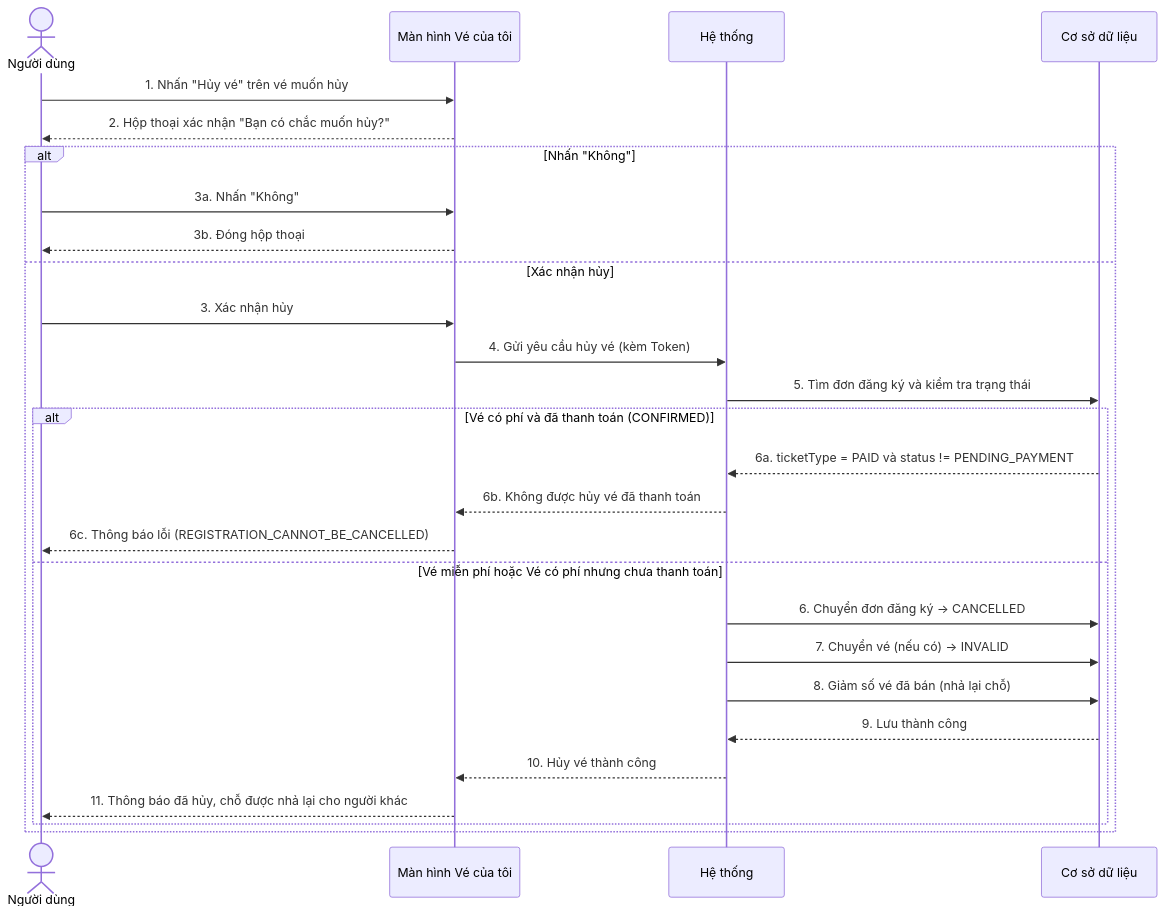
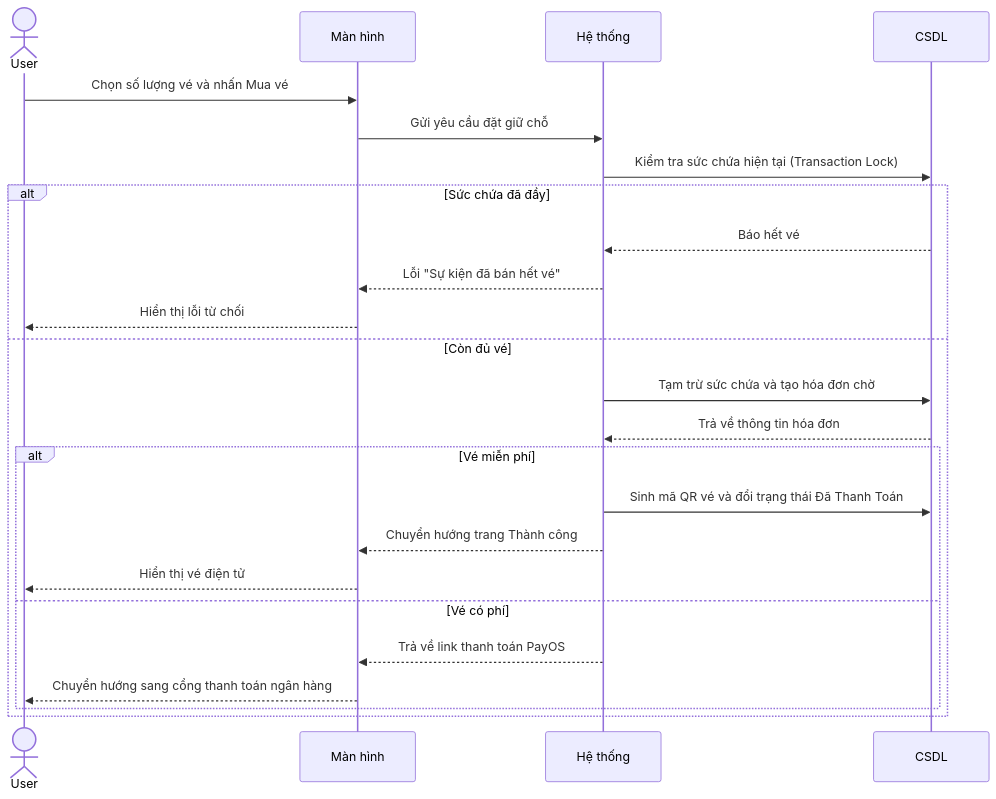
The second of 7 diagrams in doc/system_analysis/sequence diagram/05d_sequence_payment_ticket_checkin.md (ChuDucAnh21/BE-quan-ly-su-kien), drawn with Mermaid before and after one commit. The commit also changed other lines of this file and 14 other files, not shown here.

````diff
--- a/doc/system_analysis/sequence diagram/05d_sequence_payment_ticket_checkin.md
+++ b/doc/system_analysis/sequence diagram/05d_sequence_payment_ticket_checkin.md
@@ -109,30 +27,27 @@
 ```mermaid
 sequenceDiagram
-    actor User as Người dùng
-    participant UI as Màn hình Vé của tôi
-    participant HT as Hệ thống
-    participant DB as Cơ sở dữ liệu
+    actor User
+    participant Màn hình
+    participant Hệ thống
+    participant CSDL
 
-    User->>UI: 1. Nhấn "Hủy vé" trên vé muốn hủy
-    UI-->>User: 2. Hộp thoại xác nhận "Bạn có chắc muốn hủy?"
-    alt Nhấn "Không"
-        User->>UI: 3a. Nhấn "Không"
-        UI-->>User: 3b. Đóng hộp thoại
-    else Xác nhận hủy
-        User->>UI: 3. Xác nhận hủy
-        UI->>HT: 4. Gửi yêu cầu hủy vé (kèm Token)
-        HT->>DB: 5. Tìm đơn đăng ký và kiểm tra trạng thái
-        alt Vé có phí và đã thanh toán (CONFIRMED)
-            DB-->>HT: 6a. ticketType = PAID và status != PENDING_PAYMENT
-            HT-->>UI: 6b. Không được hủy vé đã thanh toán
-            UI-->>User: 6c. Thông báo lỗi (REGISTRATION_CANNOT_BE_CANCELLED)
-        else Vé miễn phí hoặc Vé có phí nhưng chưa thanh toán
-            HT->>DB: 6. Chuyển đơn đăng ký → CANCELLED
-            HT->>DB: 7. Chuyển vé (nếu có) → INVALID
-            HT->>DB: 8. Giảm số vé đã bán (nhả lại chỗ)
-            DB-->>HT: 9. Lưu thành công
-            HT-->>UI: 10. Hủy vé thành công
-            UI-->>User: 11. Thông báo đã hủy, chỗ được nhả lại cho người khác
+    User->>Màn hình: Chọn số lượng vé và nhấn Mua vé
+    Màn hình->>Hệ thống: Gửi yêu cầu đặt giữ chỗ
+    Hệ thống->>CSDL: Kiểm tra sức chứa hiện tại (Transaction Lock)
+    alt Sức chứa đã đầy
+        CSDL-->>Hệ thống: Báo hết vé
+        Hệ thống-->>Màn hình: Lỗi "Sự kiện đã bán hết vé"
+        Màn hình-->>User: Hiển thị lỗi từ chối
+    else Còn đủ vé
+        Hệ thống->>CSDL: Tạm trừ sức chứa và tạo hóa đơn chờ
+        CSDL-->>Hệ thống: Trả về thông tin hóa đơn
+        alt Vé miễn phí
+            Hệ thống->>CSDL: Sinh mã QR vé và đổi trạng thái Đã Thanh Toán
+            Hệ thống-->>Màn hình: Chuyển hướng trang Thành công
+            Màn hình-->>User: Hiển thị vé điện tử
+        else Vé có phí
+            Hệ thống-->>Màn hình: Trả về link thanh toán PayOS
+            Màn hình-->>User: Chuyển hướng sang cổng thanh toán ngân hàng
         end
     end
 ```
````
